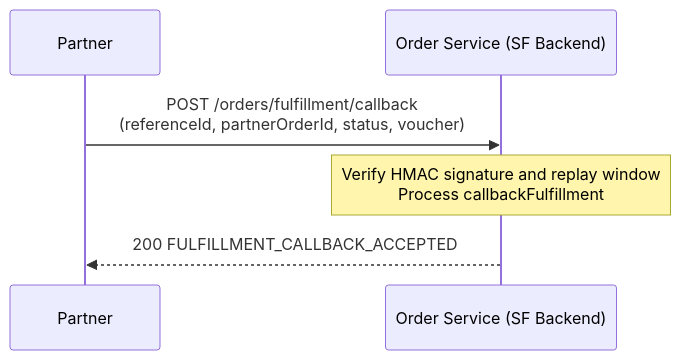
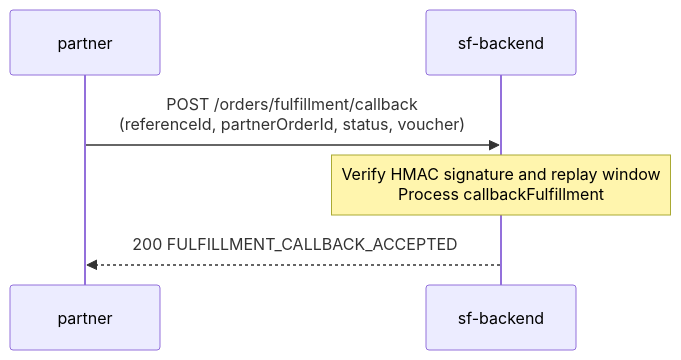
Before and after one commit to jafarrohmadi/xl-test: the third of 3 diagrams in api-contract/partner/sequence.md, drawn with Mermaid. The commit also changed other lines of this file and 3308 other files, not shown here.

First line of the commit message:
feat: implement complete microservices architecture with documentation

````diff
--- a/api-contract/partner/sequence.md
+++ b/api-contract/partner/sequence.md
@@ -31,9 +53,9 @@
 ```mermaid
 sequenceDiagram
-    participant PA as Partner
-    participant SF as Order Service (SF Backend)
+    participant Partner as partner
+    participant Backend as sf-backend
 
-    PA->>SF: POST /orders/fulfillment/callback<br/>(referenceId, partnerOrderId, status, voucher)
-    Note over SF: Verify HMAC signature and replay window<br/>Process callbackFulfillment
-    SF-->>PA: 200 FULFILLMENT_CALLBACK_ACCEPTED
+    Partner->>Backend: POST /orders/fulfillment/callback<br/>(referenceId, partnerOrderId, status, voucher)
+    Note over Backend: Verify HMAC signature and replay window<br/>Process callbackFulfillment
+    Backend-->>Partner: 200 FULFILLMENT_CALLBACK_ACCEPTED
 ```
````
